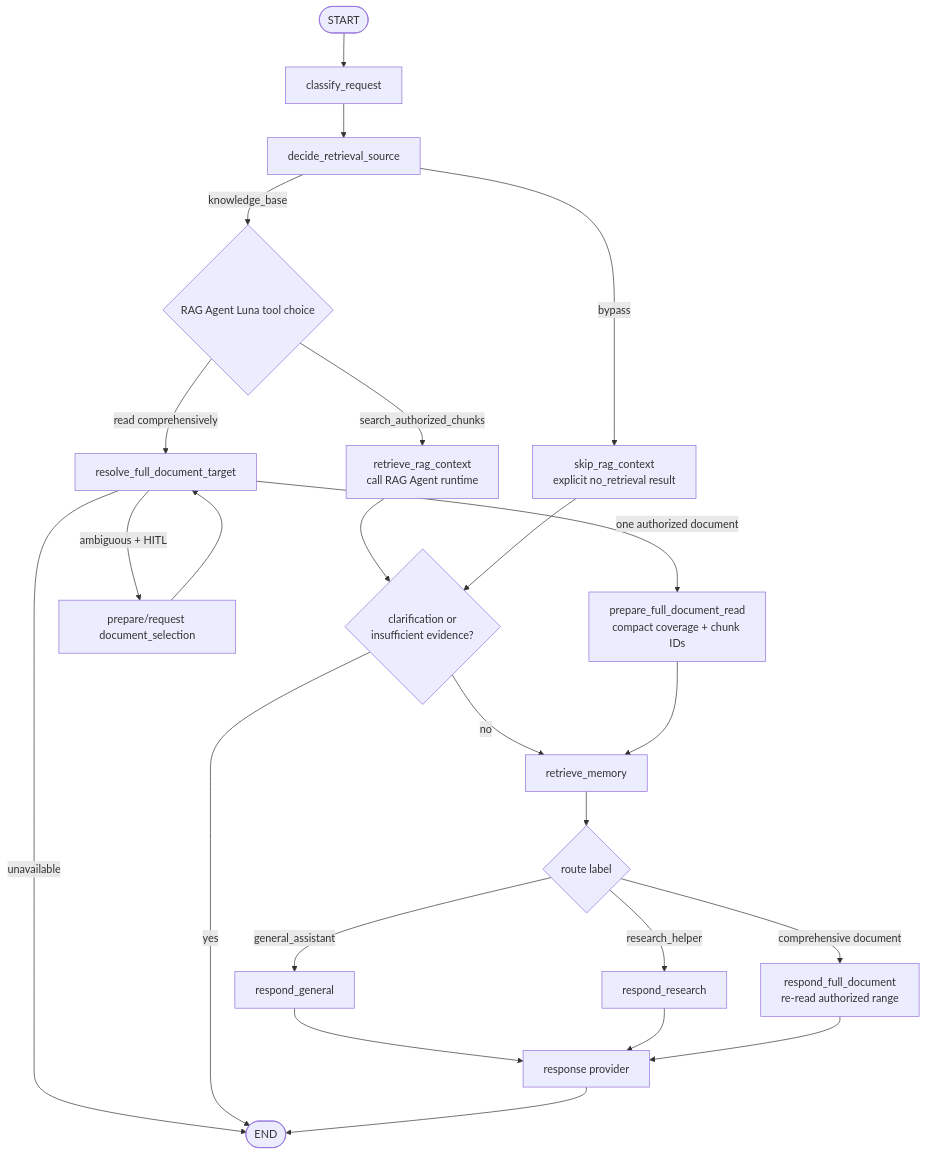
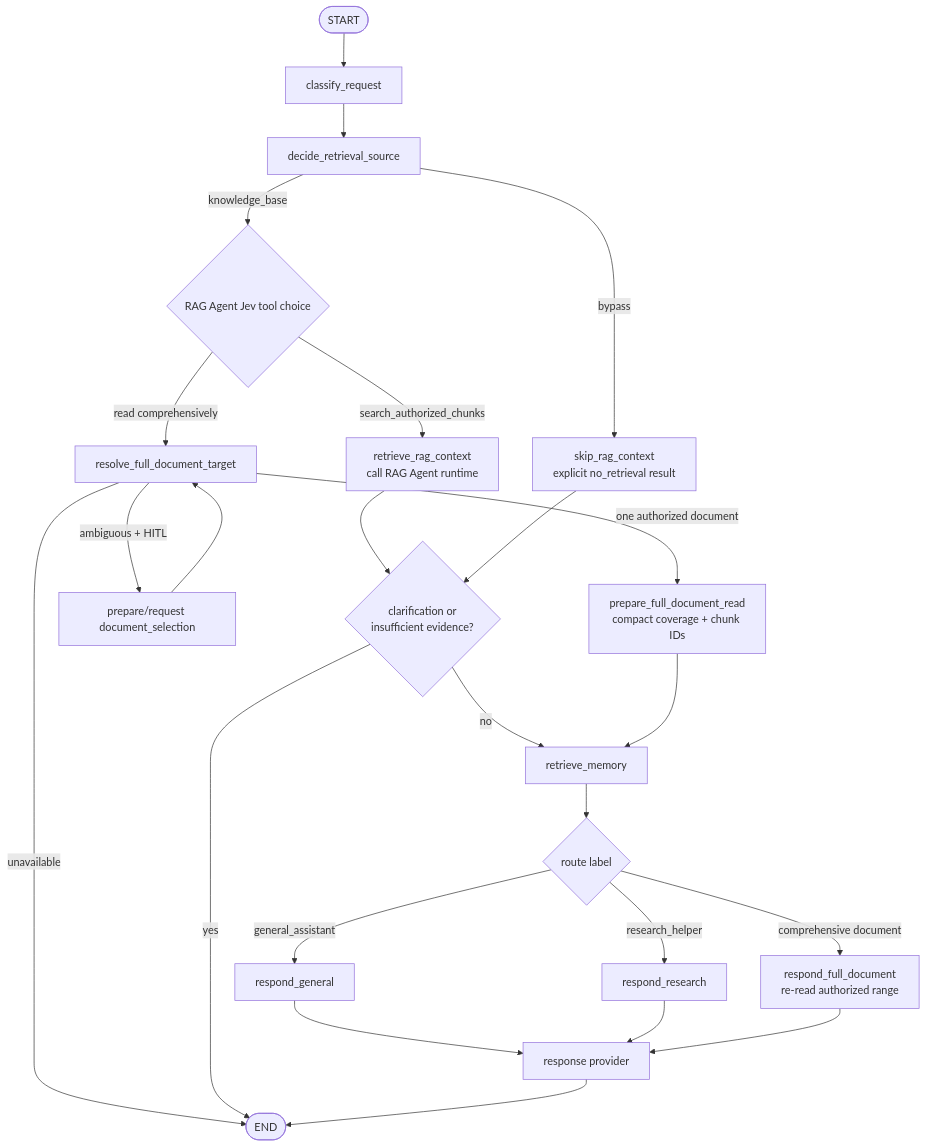
One commit to heecheon92/my-agents changed the first of 2 diagrams in my_agents/agents/general_assistant/README.en.md. Above: the diagram before and after it, drawn with Mermaid. The commit also changed other lines of this file and 29 other files, not shown here.

````diff
--- a/my_agents/agents/general_assistant/README.en.md
+++ b/my_agents/agents/general_assistant/README.en.md
@@ -37,26 +37,26 @@
 ```mermaid
 flowchart TD
     Start([START]) --> Classify["classify_request"]
     Classify --> SourceGate["decide_retrieval_source"]
-    SourceGate -->|knowledge_base| RAGChoice{"RAG Agent Luna tool choice"}
+    SourceGate -->|knowledge_base| RAGChoice{"RAG Agent Jev tool choice"}
     RAGChoice -->|search_authorized_chunks| RAG["retrieve_rag_context\ncall RAG Agent runtime"]
     RAGChoice -->|read comprehensively| FullTarget["resolve_full_document_target"]
     SourceGate -->|bypass| SkipRAG["skip_rag_context\nexplicit no_retrieval result"]
     FullTarget -->|one authorized document| FullPrepare["prepare_full_document_read\ncompact coverage + chunk IDs"]
     FullTarget -->|ambiguous + HITL| Select["prepare/request document_selection"]
     Select --> FullTarget
     FullTarget -->|unavailable| End
     RAG --> Halt{"clarification or\ninsufficient evidence?"}
     SkipRAG --> Halt
     Halt -->|yes| End([END])
     Halt -->|no| Memory["retrieve_memory"]
     FullPrepare --> Memory
     Memory --> Route{"route label"}
     Route -->|general_assistant| General["respond_general"]
     Route -->|research_helper| Research["respond_research"]
     Route -->|comprehensive document| FullResponse["respond_full_document\nre-read authorized range"]
     General --> Provider["response provider"]
     Research --> Provider
     FullResponse --> Provider
     Provider --> End
 ```
````
